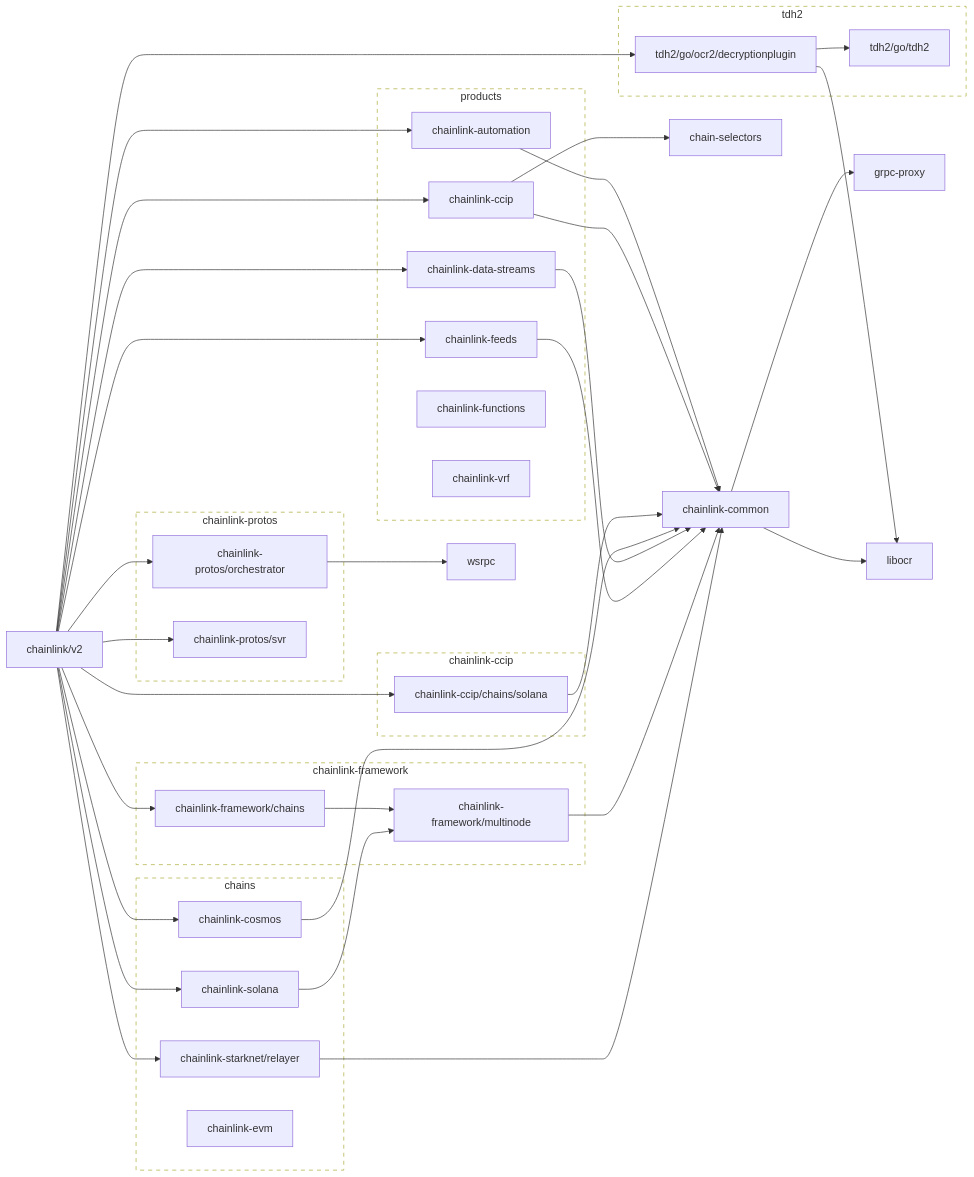
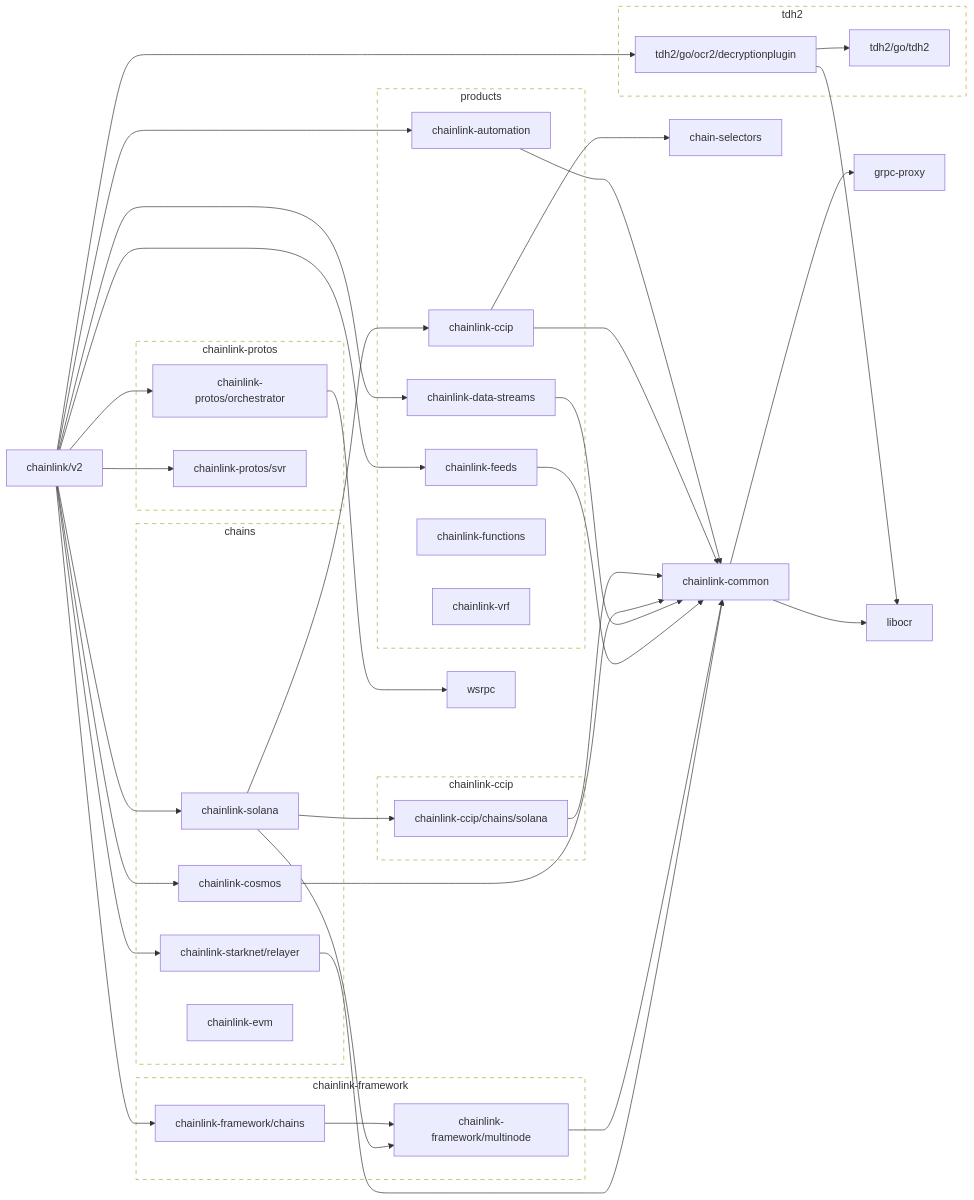
The first of 2 diagrams in go.md (smartcontractkit/chainlink), drawn with Mermaid before and after one commit. The commit also changed other lines of this file, not shown here.

```diff
--- a/go.md
+++ b/go.md
@@ -47,13 +47,13 @@
 	click chainlink-protos/orchestrator href "https://github.com/smartcontractkit/chainlink-protos"
 	chainlink-protos/svr
 	click chainlink-protos/svr href "https://github.com/smartcontractkit/chainlink-protos"
+	chainlink-solana --> chainlink-ccip
+	chainlink-solana --> chainlink-ccip/chains/solana
 	chainlink-solana --> chainlink-framework/multinode
 	click chainlink-solana href "https://github.com/smartcontractkit/chainlink-solana"
 	chainlink-starknet/relayer --> chainlink-common
 	click chainlink-starknet/relayer href "https://github.com/smartcontractkit/chainlink-starknet"
 	chainlink/v2 --> chainlink-automation
-	chainlink/v2 --> chainlink-ccip
-	chainlink/v2 --> chainlink-ccip/chains/solana
 	chainlink/v2 --> chainlink-cosmos
 	chainlink/v2 --> chainlink-data-streams
 	chainlink/v2 --> chainlink-feeds
```
